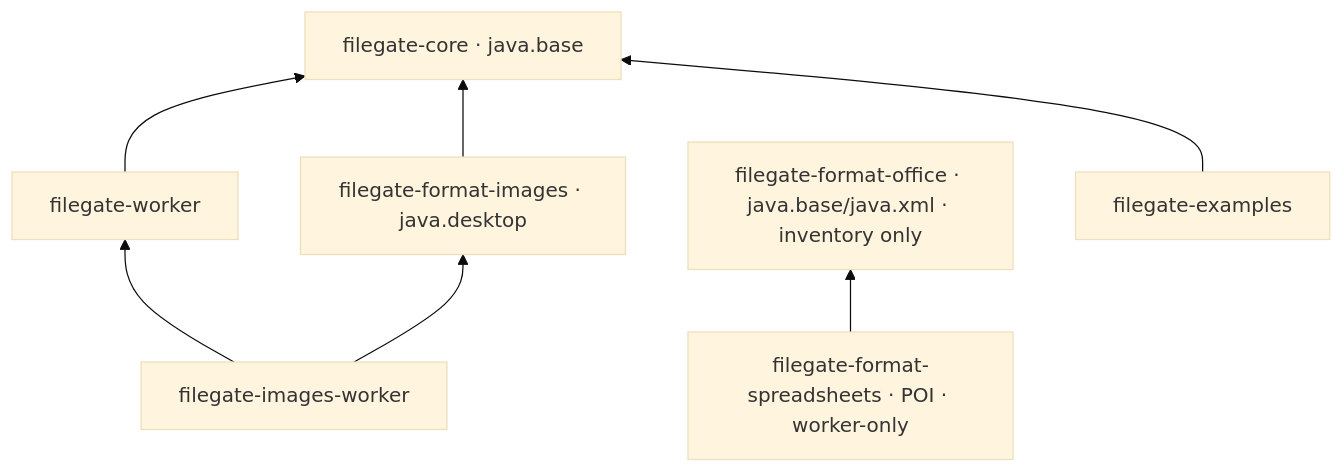
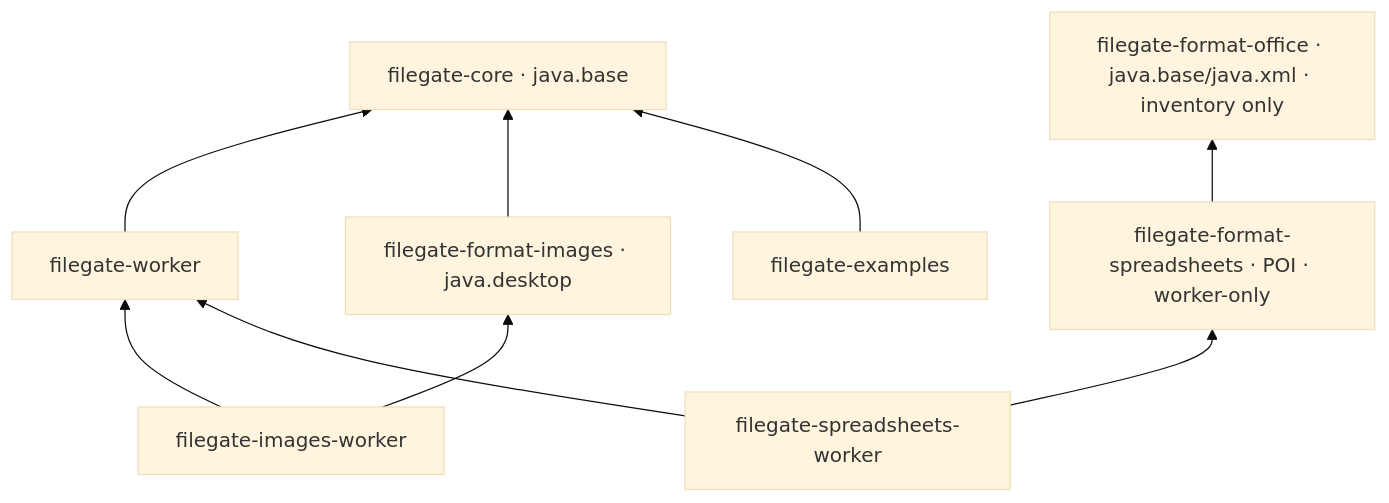
Before and after one commit to alby-raju/filegate: the diagram in docs/architecture.md, drawn with Mermaid (base theme). The commit also changed other lines of this file and 18 other files, not shown here.

````diff
--- a/docs/architecture.md
+++ b/docs/architecture.md
@@ -10,10 +10,12 @@
 ```mermaid
 flowchart BT
     Worker["filegate-worker"] --> Core["filegate-core · java.base"]
     Images["filegate-format-images · java.desktop"] --> Core
     Office["filegate-format-office · java.base/java.xml · inventory only"]
     Spreadsheets["filegate-format-spreadsheets · POI · worker-only"] --> Office
     ImageWorker["filegate-images-worker"] --> Worker
     ImageWorker --> Images
+    SpreadsheetWorker["filegate-spreadsheets-worker"] --> Worker
+    SpreadsheetWorker --> Spreadsheets
     Examples["filegate-examples"] --> Core
 ```
````
